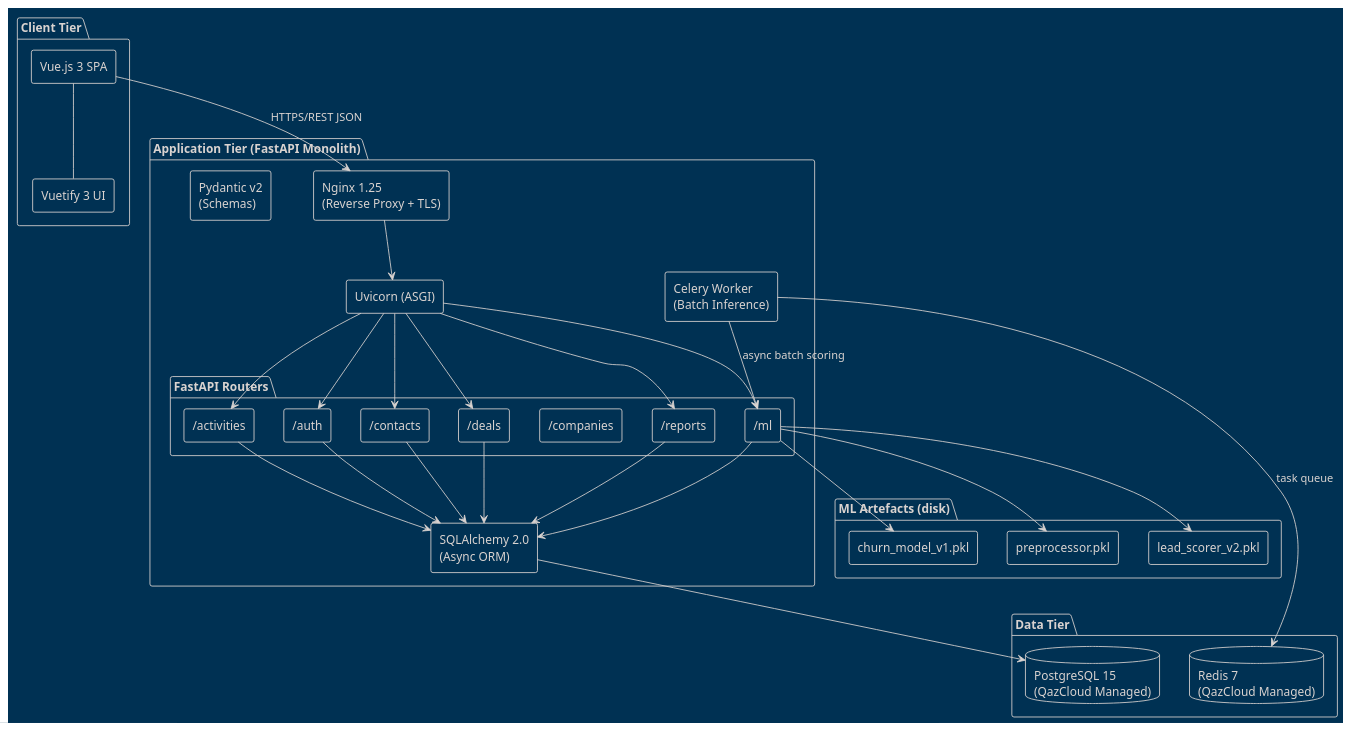
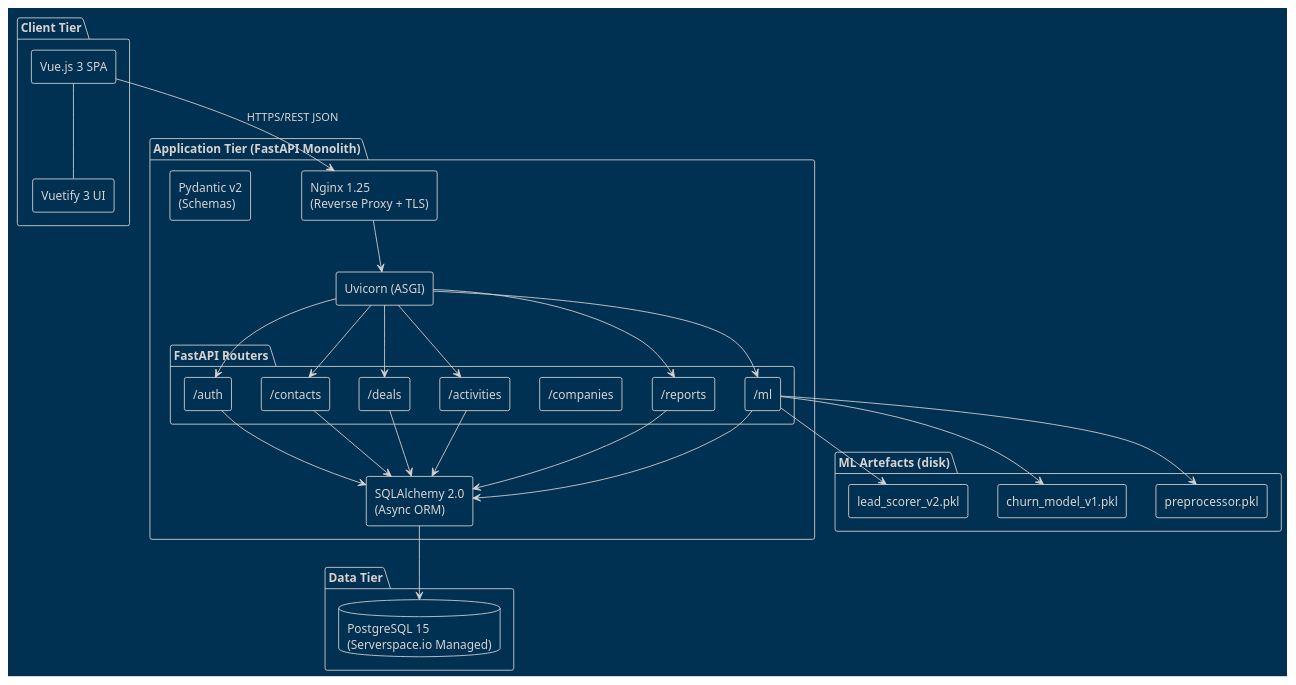
One commit to Isaksend/qcrm changed the diagram in manuscript/chapters/chapter04/fig/component_diagram.puml. Above: the diagram before and after it, drawn with PlantUML. The commit also changed 2 other files, not shown here.

```diff
--- a/manuscript/chapters/chapter04/fig/component_diagram.puml
+++ b/manuscript/chapters/chapter04/fig/component_diagram.puml
@@ -1,54 +1,55 @@
 @startuml component_diagram
 !theme blueprint
 skinparam componentStyle rectangle
+
 package "Client Tier" {
-[Vue.js 3 SPA] as VUE
-[Vuetify 3 UI] as UI
-VUE -- UI
+  [Vue.js 3 SPA] as VUE
+  [Vuetify 3 UI] as UI
+  VUE -- UI
 }
+
 package "Application Tier (FastAPI Monolith)" {
-[Nginx 1.25\n(Reverse Proxy + TLS)] as NGINX
-[Uvicorn (ASGI)] as UVICORN
-package "FastAPI Routers" {
-[/auth] as AUTH
-[/contacts] as CONTACTS
-[/companies] as COMPANIES
-[/deals] as DEALS
-[/activities] as ACTIVITIES
-[/ml] as ML
-[/reports] as REPORTS
+  [Nginx 1.25\n(Reverse Proxy + TLS)] as NGINX
+  [Uvicorn (ASGI)] as UVICORN
+  package "FastAPI Routers" {
+    [/auth]       as AUTH
+    [/contacts]   as CONTACTS
+    [/companies]  as COMPANIES
+    [/deals]      as DEALS
+    [/activities] as ACTIVITIES
+    [/ml]         as ML
+    [/reports]    as REPORTS
+  }
+  [SQLAlchemy 2.0\n(Async ORM)] as ORM
+  [Pydantic v2\n(Schemas)]      as SCHEMAS
+  NGINX   --> UVICORN
+  UVICORN --> AUTH
+  UVICORN --> CONTACTS
+  UVICORN --> DEALS
+  UVICORN --> ACTIVITIES
+  UVICORN --> ML
+  UVICORN --> REPORTS
+  AUTH       --> ORM
+  CONTACTS   --> ORM
+  DEALS      --> ORM
+  ACTIVITIES --> ORM
+  ML         --> ORM
+  REPORTS    --> ORM
 }
-[SQLAlchemy 2.0\n(Async ORM)] as ORM
-[Pydantic v2\n(Schemas)] as SCHEMAS
-[Celery Worker\n(Batch Inference)] as CELERY
-NGINX --> UVICORN
-UVICORN --> AUTH
-UVICORN --> CONTACTS
-UVICORN --> DEALS
-UVICORN --> ACTIVITIES
-UVICORN --> ML
-UVICORN --> REPORTS
-AUTH --> ORM
-CONTACTS --> ORM
-DEALS --> ORM
-ACTIVITIES --> ORM
-ML --> ORM
-REPORTS --> ORM
-CELERY --> ML : async batch scoring
+
+package "ML Artefacts (disk)" {
+  [lead_scorer_v2.pkl]  as LS
+  [churn_model_v1.pkl]  as CM
+  [preprocessor.pkl]    as PP
 }
-package "ML Artefacts (disk)" {
-[lead_scorer_v2.pkl] as LS
-[churn_model_v1.pkl] as CM
-[preprocessor.pkl] as PP
+
+package "Data Tier" {
+  database "PostgreSQL 15\n(Serverspace.io Managed)" as PG
 }
-package "Data Tier" {
-database "PostgreSQL 15\n(QazCloud Managed)" as PG
-database "Redis 7\n(QazCloud Managed)" as REDIS
-}
-VUE --> NGINX : HTTPS/REST JSON
-ORM --> PG
-CELERY --> REDIS : task queue
-ML --> LS
-ML --> CM
-ML --> PP
+
+VUE  --> NGINX : HTTPS/REST JSON
+ORM  --> PG
+ML   --> LS
+ML   --> CM
+ML   --> PP
 @enduml
```
